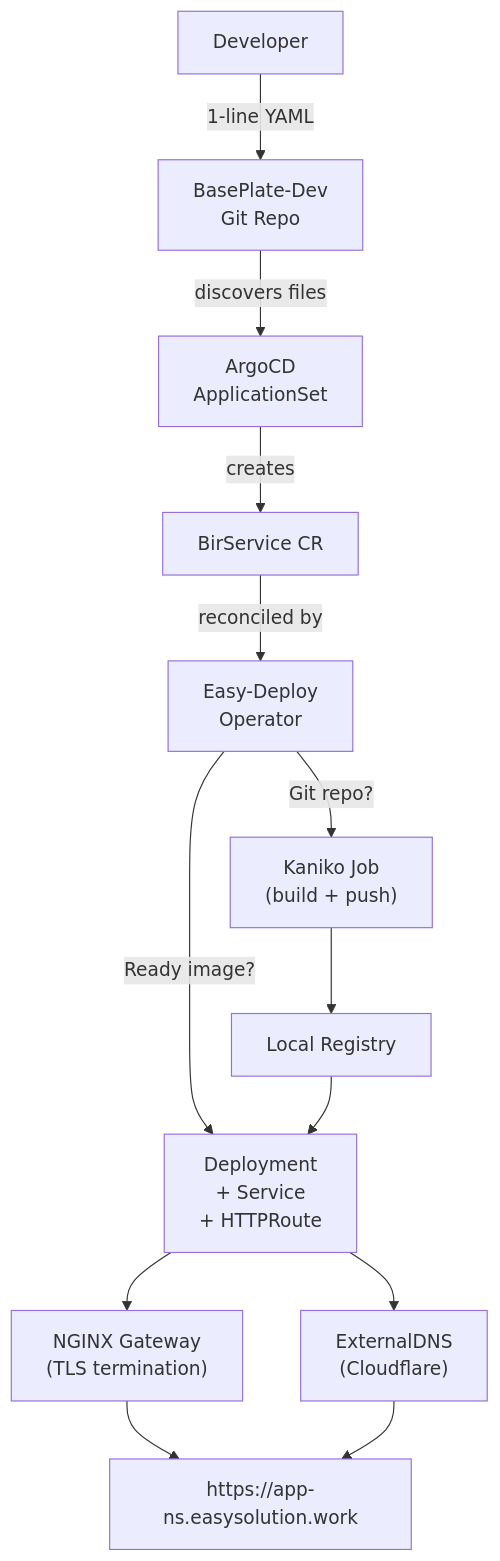
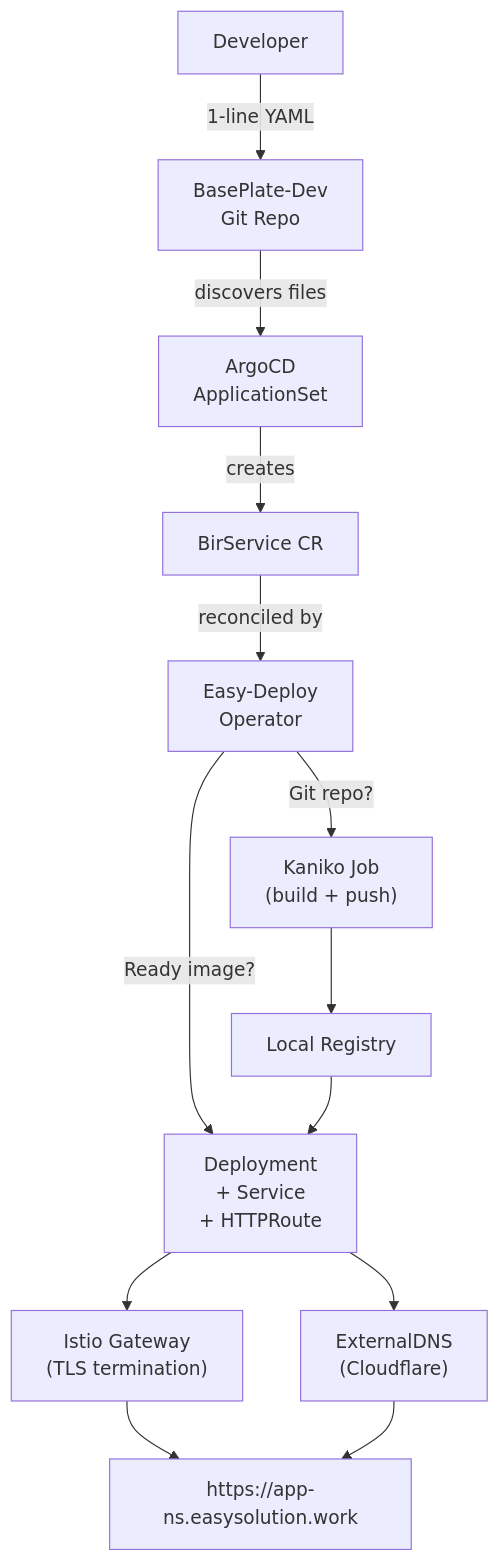
The diagram in docs/index.md (Murad-Suleymanov/BasePlate), drawn with Mermaid before and after one commit. The commit also changed other lines of this file and 17 other files, not shown here.

Commit message:
change ngf to istio gateway

````diff
--- a/docs/index.md
+++ b/docs/index.md
@@ -81,19 +81,19 @@
 ```mermaid
 flowchart TB
     Dev["Developer"] -->|"1-line YAML"| Repo["BasePlate-Dev<br/>Git Repo"]
     Repo -->|"discovers files"| ArgoCD["ArgoCD<br/>ApplicationSet"]
     ArgoCD -->|"creates"| CR["BirService CR"]
     CR -->|"reconciled by"| Op["Easy-Deploy<br/>Operator"]
 
     Op -->|"Git repo?"| Kaniko["Kaniko Job<br/>(build + push)"]
     Op -->|"Ready image?"| Deploy["Deployment<br/>+ Service<br/>+ HTTPRoute"]
 
     Kaniko --> Registry["Local Registry"]
     Registry --> Deploy
 
-    Deploy --> Gateway["NGINX Gateway<br/>(TLS termination)"]
+    Deploy --> Gateway["Istio Gateway<br/>(TLS termination)"]
     Deploy --> DNS["ExternalDNS<br/>(Cloudflare)"]
 
     Gateway --> Live["https://app-ns.easysolution.work"]
     DNS --> Live
 ```
````
